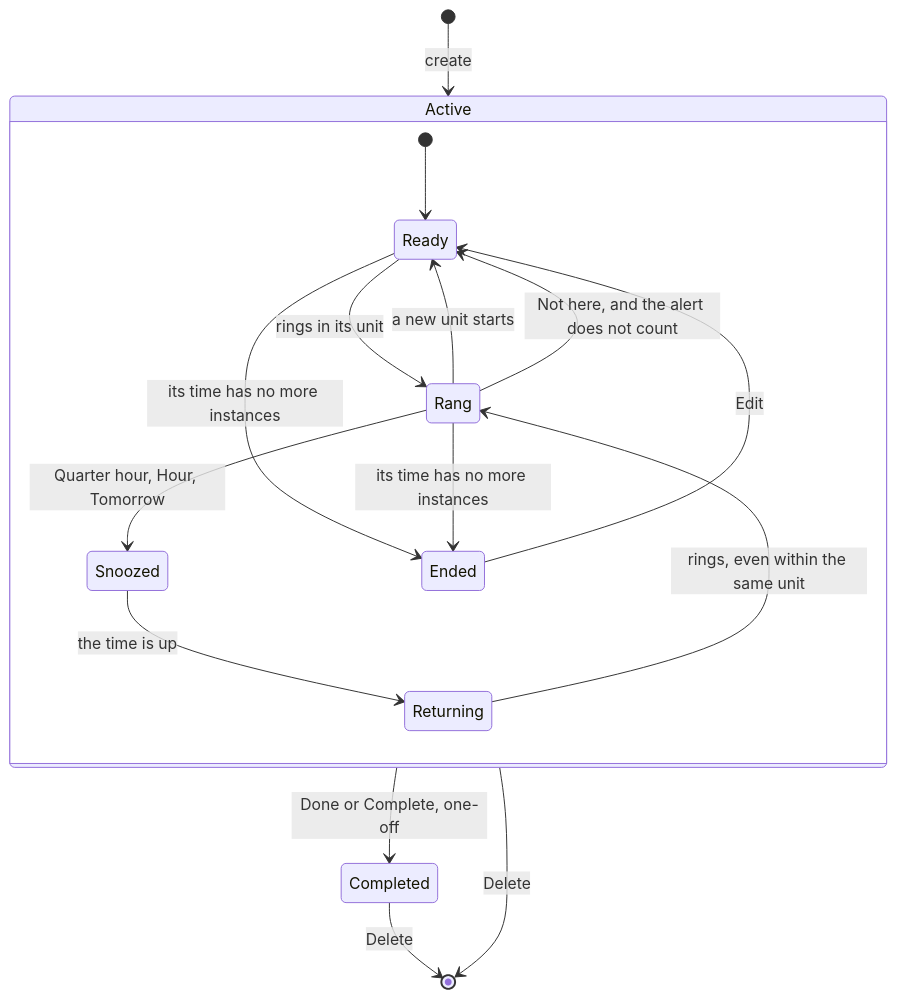
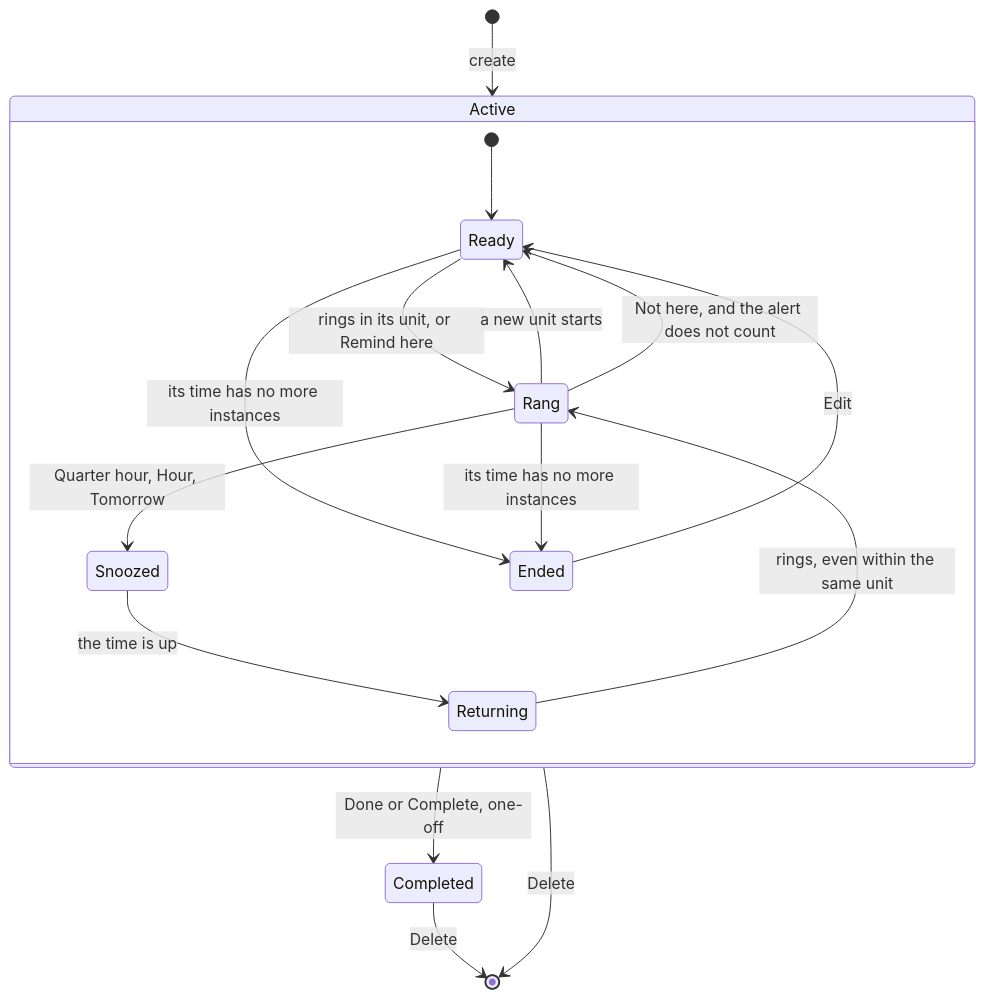
The first of 2 diagrams in docs/design/lifecycles.md (devfrx/jiffin), drawn with Mermaid before and after one commit. The commit also changed other lines of this file and 8 other files, not shown here.

First line of the commit message:
feat: learn from Not here and Remind here, per place (#161)

````diff
--- a/docs/design/lifecycles.md
+++ b/docs/design/lifecycles.md
@@ -11,19 +12,19 @@
 ```mermaid
 stateDiagram-v2
     [*] --> Active : create
     state Active {
         [*] --> Ready
-        Ready --> Rang : rings in its unit
+        Ready --> Rang : rings in its unit, or Remind here
         Rang --> Ready : a new unit starts
         Rang --> Ready : Not here, and the alert does not count
         Rang --> Snoozed : Quarter hour, Hour, Tomorrow
         Snoozed --> Returning : the time is up
         Returning --> Rang : rings, even within the same unit
         Ready --> Ended : its time has no more instances
         Rang --> Ended : its time has no more instances
         Ended --> Ready : Edit
     }
     Active --> Completed : Done or Complete, one-off
     Active --> [*] : Delete
     Completed --> [*] : Delete
 ```
````
